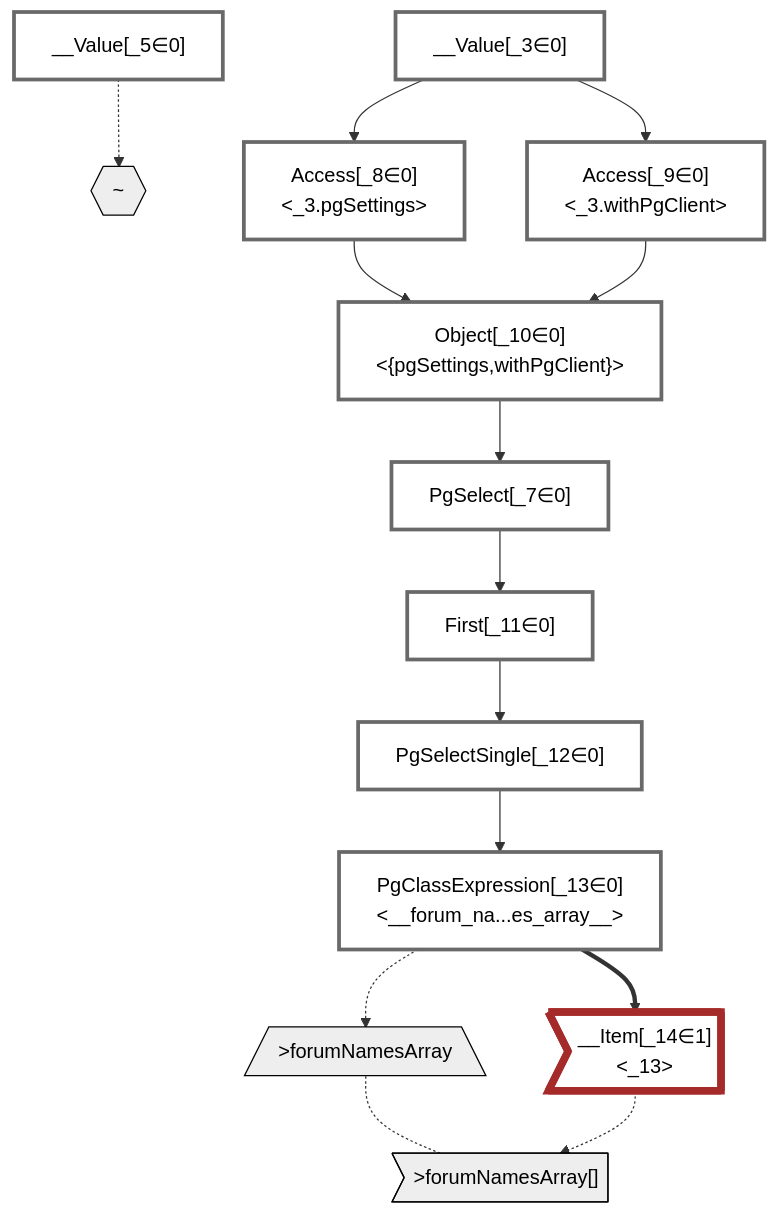
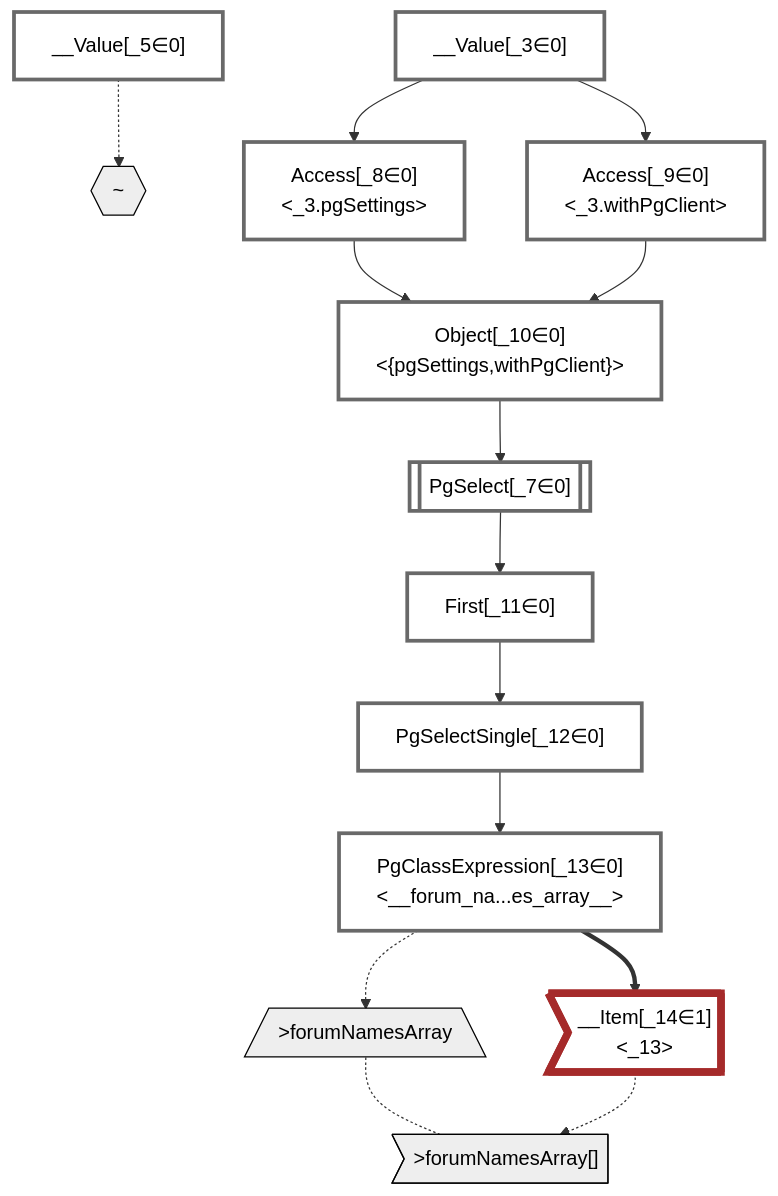
Before and after one commit to graphile/crystal: the diagram in packages/dataplan-pg/__tests__/queries/functions/custom-query-forum-names-array.deopt.mermaid.md, drawn with Mermaid. The commit also changed 195 other files, not shown here.

````diff
--- a/packages/dataplan-pg/__tests__/queries/functions/custom-query-forum-names-array.deopt.mermaid.md
+++ b/packages/dataplan-pg/__tests__/queries/functions/custom-query-forum-names-array.deopt.mermaid.md
@@ -1,49 +1,49 @@
 ```mermaid
 graph TD
     classDef path fill:#eee,stroke:#000,color:#000
     classDef plan fill:#fff,stroke-width:3px,color:#000
     classDef itemplan fill:#fff,stroke-width:6px,color:#000
     classDef sideeffectplan fill:#f00,stroke-width:6px,color:#000
 
     %% subgraph fields
     P1{{"~"}}:::path
     P2[/">forumNamesArray"\]:::path
     P3>">forumNamesArray[]"]:::path
     P2 -.- P3
     %% P1 -.-> P2
     %% end
 
     %% define plans
     __Value_3["__Value[_3∈0]<br /><context>"]:::plan
     __Value_5["__Value[_5∈0]<br /><rootValue>"]:::plan
-    PgSelect_7["PgSelect[_7∈0]<br /><forum_names_array>"]:::plan
+    PgSelect_7[["PgSelect[_7∈0]<br /><forum_names_array>"]]:::plan
     Access_8["Access[_8∈0]<br /><_3.pgSettings>"]:::plan
     Access_9["Access[_9∈0]<br /><_3.withPgClient>"]:::plan
     Object_10["Object[_10∈0]<br /><{pgSettings,withPgClient}>"]:::plan
     First_11["First[_11∈0]"]:::plan
     PgSelectSingle_12["PgSelectSingle[_12∈0]<br /><forum_names_array>"]:::plan
     PgClassExpression_13["PgClassExpression[_13∈0]<br /><__forum_na...es_array__>"]:::plan
     __Item_14>"__Item[_14∈1]<br /><_13>"]:::itemplan
 
     %% plan dependencies
     Object_10 --> PgSelect_7
     __Value_3 --> Access_8
     __Value_3 --> Access_9
     Access_8 --> Object_10
     Access_9 --> Object_10
     PgSelect_7 --> First_11
     First_11 --> PgSelectSingle_12
     PgSelectSingle_12 --> PgClassExpression_13
     PgClassExpression_13 ==> __Item_14
 
     %% plan-to-path relationships
     __Value_5 -.-> P1
     PgClassExpression_13 -.-> P2
     __Item_14 -.-> P3
 
     %% allocate buckets
     classDef bucket0 stroke:#696969
     class __Value_3,__Value_5,PgSelect_7,Access_8,Access_9,Object_10,First_11,PgSelectSingle_12,PgClassExpression_13 bucket0
     classDef bucket1 stroke:#a52a2a
     class __Item_14 bucket1
 ```
````
